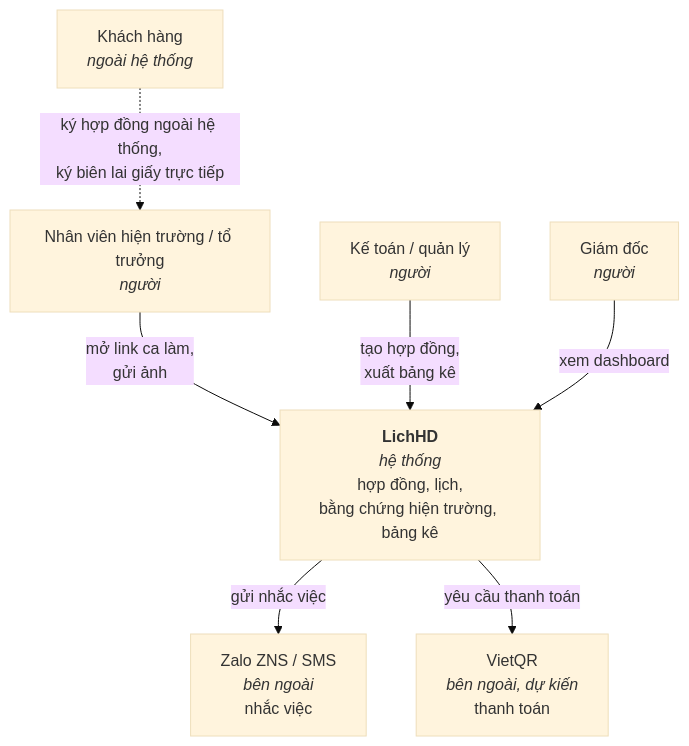
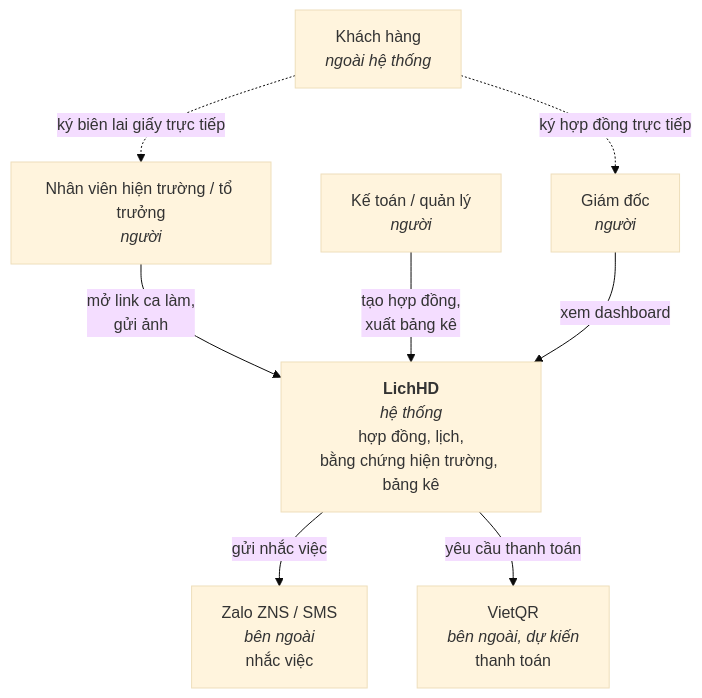
The second of 5 diagrams in README.vi.md (dDxCg/contrack), drawn with Mermaid (base theme) before and after one commit. The commit also changed other lines of this file and 42 other files, not shown here.

Commit message:
docs: architecture and api spec

````diff
--- a/README.vi.md
+++ b/README.vi.md
@@ -123,20 +126,21 @@
 ```mermaid
 flowchart TB
     customer["Khách hàng<br/><i>ngoài hệ thống</i>"]
     employee["Nhân viên hiện trường / tổ trưởng<br/><i>người</i>"]
     accountant["Kế toán / quản lý<br/><i>người</i>"]
     director["Giám đốc<br/><i>người</i>"]
 
     lichhd["<b>LichHD</b><br/><i>hệ thống</i><br/>hợp đồng, lịch,<br/>bằng chứng hiện trường, bảng kê"]
 
     zalo["Zalo ZNS / SMS<br/><i>bên ngoài</i><br/>nhắc việc"]
     vietqr["VietQR<br/><i>bên ngoài, dự kiến</i><br/>thanh toán"]
 
-    customer -.->|"ký hợp đồng ngoài hệ thống,<br/>ký biên lai giấy trực tiếp"| employee
+    customer -.->|"ký hợp đồng trực tiếp"| director
+    customer -.->|"ký biên lai giấy trực tiếp"| employee
     employee -->|"mở link ca làm,<br/>gửi ảnh"| lichhd
     accountant -->|"tạo hợp đồng,<br/>xuất bảng kê"| lichhd
     director -->|"xem dashboard"| lichhd
 
     lichhd -->|"gửi nhắc việc"| zalo
     lichhd -->|"yêu cầu thanh toán"| vietqr
 ```
````
